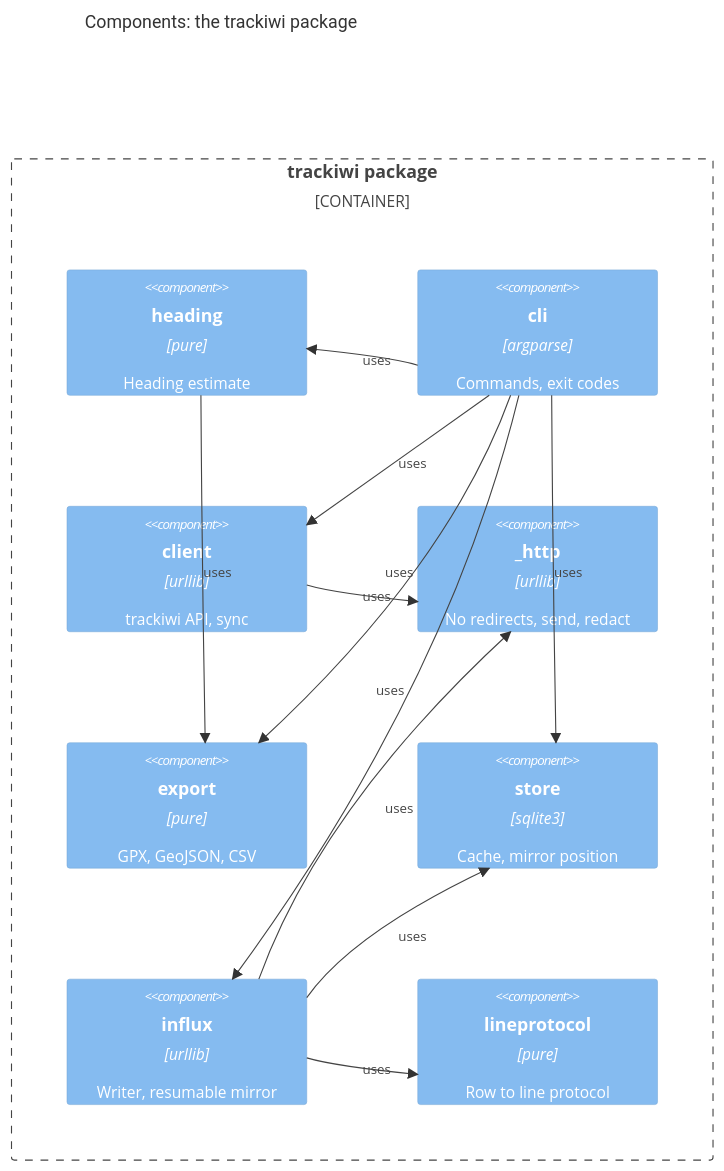
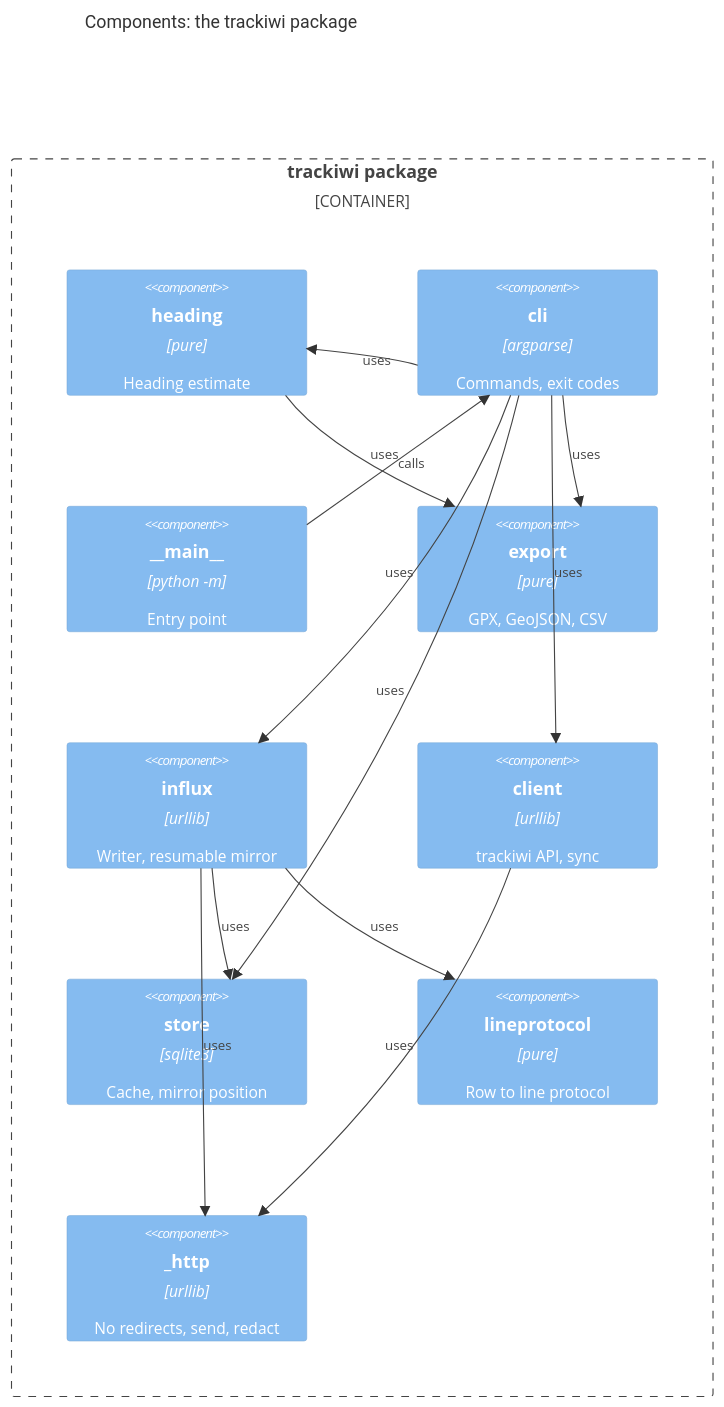
The third of 7 diagrams in docs/architecture.rst (ckeller42/trackiwi-client), drawn with Mermaid before and after one commit. The commit also changed 1 other file, not shown here.

Commit message:
docs(architecture): show the __main__ entry point and check it in the test
CodeRabbit: the drift test excluded __main__ although it imports cli, so
a diagram omitting the entry point passed. Draw it and compare it too.

Claude-Session: https://claude.ai/code/session_01Ge1FeKk9vZWN51yWbjF3hX

```diff
--- a/docs/architecture.rst
+++ b/docs/architecture.rst
@@ -83,25 +83,27 @@
 .. mermaid::
 
    C4Component
      title Components: the trackiwi package
      Container_Boundary(pkg, "trackiwi package") {
        Component(heading, "heading", "pure", "Heading estimate")
        Component(cli, "cli", "argparse", "Commands, exit codes")
+       Component(entry, "__main__", "python -m", "Entry point")
+       Component(export, "export", "pure", "GPX, GeoJSON, CSV")
+       Component(influx, "influx", "urllib", "Writer, resumable mirror")
        Component(client, "client", "urllib", "trackiwi API, sync")
+       Component(store, "store", "sqlite3", "Cache, mirror position")
+       Component(lineprotocol, "lineprotocol", "pure", "Row to line protocol")
        Component(http, "_http", "urllib", "No redirects, send, redact")
-       Component(export, "export", "pure", "GPX, GeoJSON, CSV")
-       Component(store, "store", "sqlite3", "Cache, mirror position")
-       Component(influx, "influx", "urllib", "Writer, resumable mirror")
-       Component(lineprotocol, "lineprotocol", "pure", "Row to line protocol")
      }
+     Rel(entry, cli, "calls")
      Rel(cli, client, "uses")
      Rel(cli, store, "uses")
      Rel(cli, influx, "uses")
      Rel(cli, export, "uses")
      Rel(cli, heading, "uses")
      Rel(client, http, "uses")
      Rel(influx, http, "uses")
      Rel(influx, lineprotocol, "uses")
      Rel(influx, store, "uses")
      Rel(heading, export, "uses")
-     UpdateLayoutConfig($c4ShapeInRow="4", $c4BoundaryInRow="1")
+     UpdateLayoutConfig($c4ShapeInRow="3", $c4BoundaryInRow="1")
```
